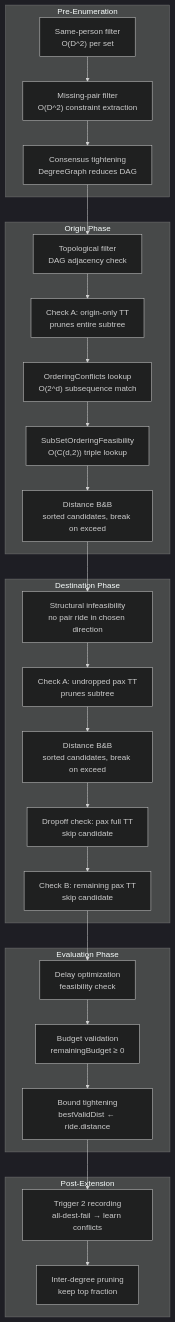
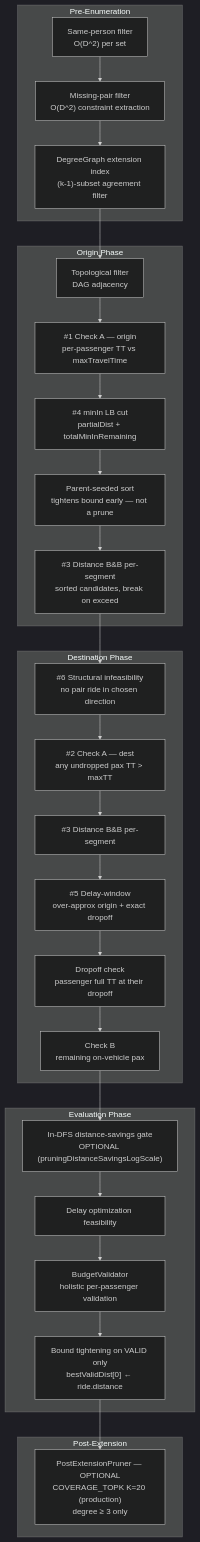
Before and after one commit to Chrigarr9/matsim-libs: the seventh of 23 diagrams in contribs/drt-demand-extraction/docs/drt-demand-extraction-architecture.md, drawn with Mermaid (dark theme). The commit also changed other lines of this file, not shown here.

First line of the commit message:
docs: rewrite drt-demand-extraction-architecture.md to current code-truth

````diff
--- a/contribs/drt-demand-extraction/docs/drt-demand-extraction-architecture.md
+++ b/contribs/drt-demand-extraction/docs/drt-demand-extraction-architecture.md
@@ -430,41 +358,42 @@
 ```mermaid
 flowchart TD
     subgraph "Pre-Enumeration"
         P1["Same-person filter<br/>O(D^2) per set"]
         P2["Missing-pair filter<br/>O(D^2) constraint extraction"]
-        P3["Consensus tightening<br/>DegreeGraph reduces DAG"]
+        P3["DegreeGraph extension index<br/>(k-1)-subset agreement filter"]
     end
 
     subgraph "Origin Phase"
-        P4["Topological filter<br/>DAG adjacency check"]
-        P5["Check A: origin-only TT<br/>prunes entire subtree"]
-        P6["OrderingConflicts lookup<br/>O(2^d) subsequence match"]
-        P7["SubSetOrderingFeasibility<br/>O(C(d,2)) triple lookup"]
-        P8["Distance B&B<br/>sorted candidates, break on exceed"]
+        P4["Topological filter<br/>DAG adjacency"]
+        P5["#1 Check A — origin<br/>per-passenger TT vs maxTravelTime"]
+        P6["#4 minIn LB cut<br/>partialDist + totalMinInRemaining"]
+        P7["Parent-seeded sort<br/>tightens bound early — not a prune"]
+        P8["#3 Distance B&B per-segment<br/>sorted candidates, break on exceed"]
     end
 
     subgraph "Destination Phase"
-        P9["Structural infeasibility<br/>no pair ride in chosen direction"]
-        P10["Check A: undropped pax TT<br/>prunes subtree"]
-        P11["Distance B&B<br/>sorted candidates, break on exceed"]
-        P12["Dropoff check: pax full TT<br/>skip candidate"]
-        P13["Check B: remaining pax TT<br/>skip candidate"]
+        P9["#6 Structural infeasibility<br/>no pair ride in chosen direction"]
+        P10["#2 Check A — dest<br/>any undropped pax TT > maxTT"]
+        P11["#3 Distance B&B per-segment"]
+        P12["#5 Delay-window<br/>over-approx origin + exact dropoff"]
+        P13["Dropoff check<br/>passenger full TT at their dropoff"]
+        P14["Check B<br/>remaining on-vehicle pax"]
     end
 
     subgraph "Evaluation Phase"
-        P14["Delay optimization<br/>feasibility check"]
-        P15["Budget validation<br/>remainingBudget ≥ 0"]
-        P16["Bound tightening<br/>bestValidDist ← ride.distance"]
+        P15["In-DFS distance-savings gate<br/>OPTIONAL (pruningDistanceSavingsLogScale)"]
+        P16["Delay optimization feasibility"]
+        P17["BudgetValidator<br/>holistic per-passenger validation"]
+        P18["Bound tightening on VALID only<br/>bestValidDist[0] ← ride.distance"]
     end
 
     subgraph "Post-Extension"
-        P17["Trigger 2 recording<br/>all-dest-fail → learn conflicts"]
-        P18["Inter-degree pruning<br/>keep top fraction"]
+        P19["PostExtensionPruner — OPTIONAL<br/>COVERAGE_TOPK K=20 (production)<br/>degree ≥ 3 only"]
     end
 
     P1 --> P2 --> P3
     P3 --> P4 --> P5 --> P6 --> P7 --> P8
-    P8 --> P9 --> P10 --> P11 --> P12 --> P13
-    P13 --> P14 --> P15 --> P16
-    P16 --> P17 --> P18
+    P8 --> P9 --> P10 --> P11 --> P12 --> P13 --> P14
+    P14 --> P15 --> P16 --> P17 --> P18
+    P18 --> P19
 ```
````
